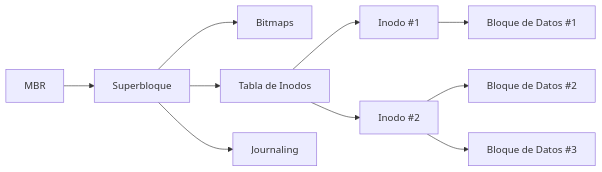
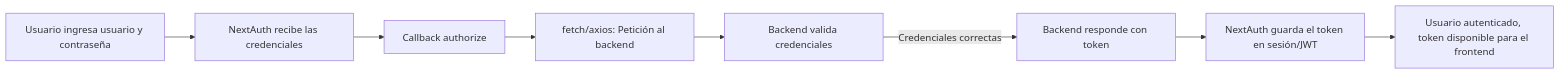
Before and after one commit to EstebanTrampe01/123456: the diagram in hola.md, drawn with Mermaid. The commit also changed other lines of this file, not shown here.

````diff
--- a/hola.md
+++ b/hola.md
@@ -1,12 +1,10 @@
 ```mermaid
 flowchart LR
-    MBR --> SB[Superbloque]
-    SB --> BM[Bitmaps]
-    SB --> TI[Tabla de Inodos]
-    TI --> IN1[Inodo #1]
-    TI --> IN2[Inodo #2]
-    IN1 --> BD1[Bloque de Datos #1]
-    IN2 --> BD2[Bloque de Datos #2]
-    IN2 --> BD3[Bloque de Datos #3]
-    SB --> JR[Journaling]
+    A[Usuario ingresa usuario y contraseña] --> B[NextAuth recibe las credenciales]
+    B --> C[Callback authorize]
+    C --> D[fetch/axios: Petición al backend]
+    D --> E[Backend valida credenciales]
+    E -->|Credenciales correctas| F[Backend responde con token]
+    F --> G[NextAuth guarda el token en sesión/JWT]
+    G --> H[Usuario autenticado, token disponible para el frontend]
 ```
````
